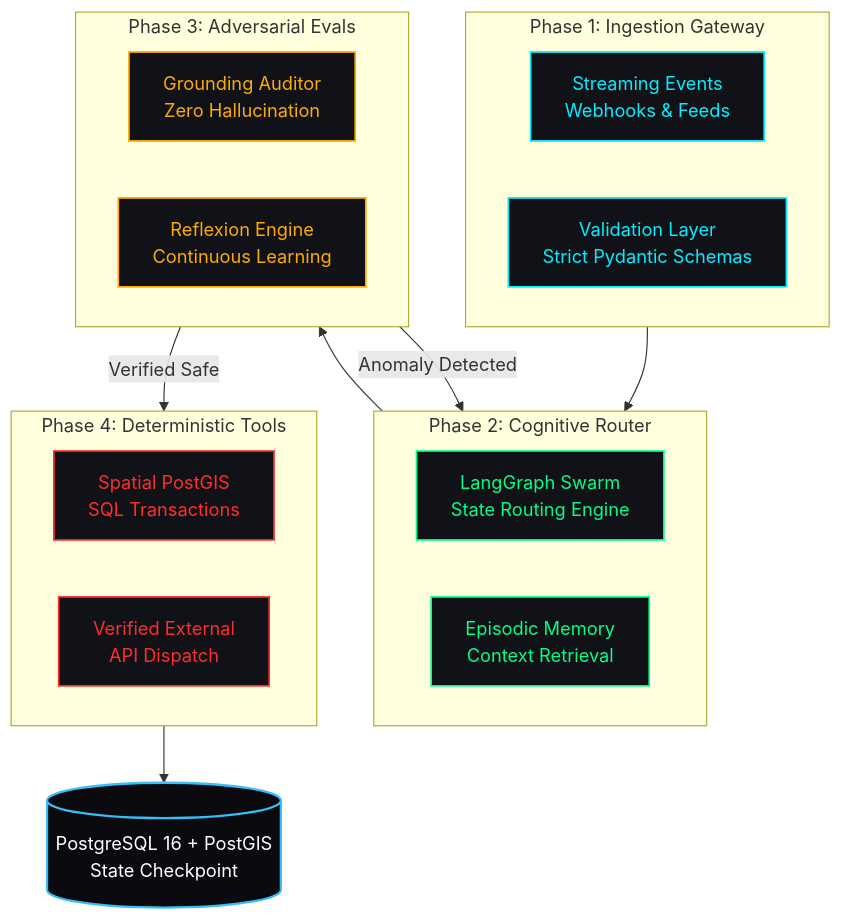
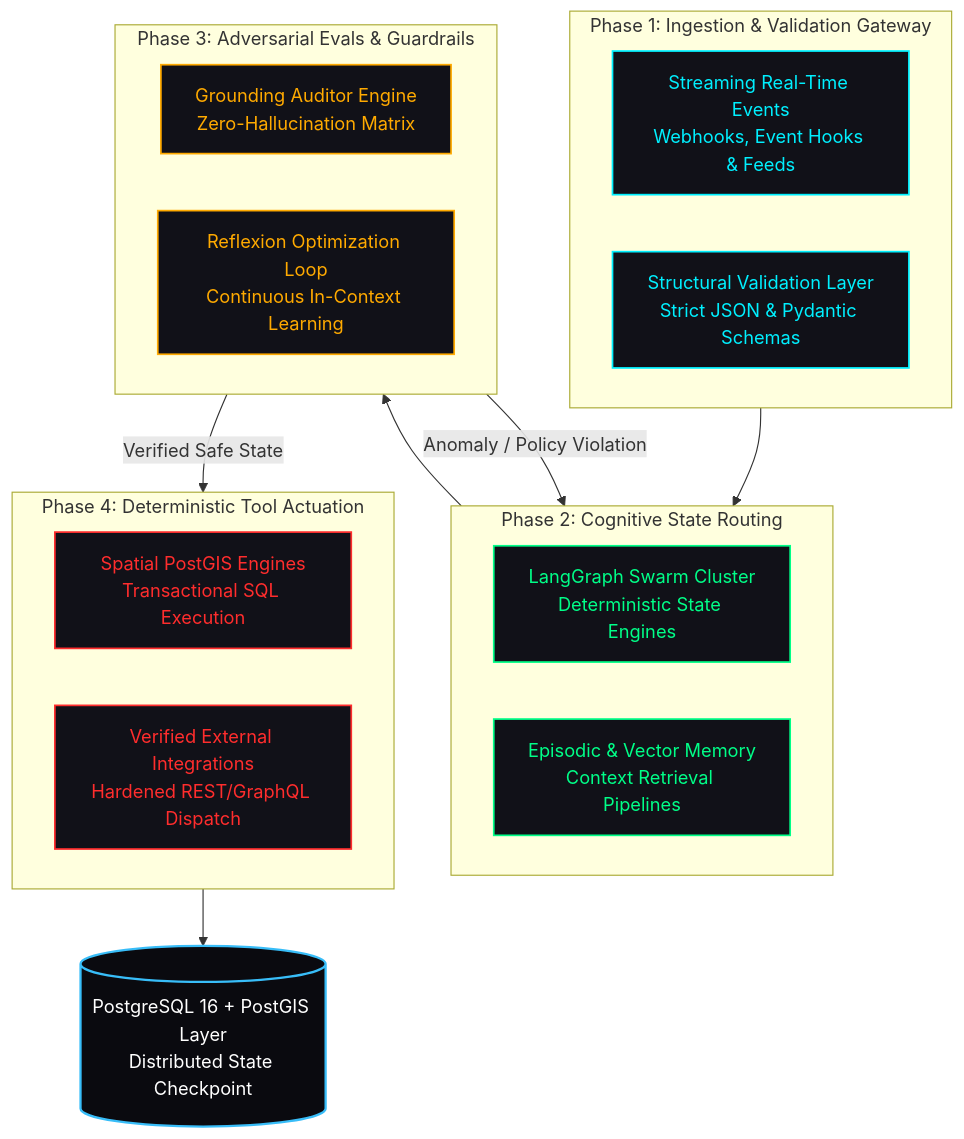
One commit to Venomous-101/Venomous-101 changed the diagram in README.md. Above: the diagram before and after it, drawn with Mermaid. The commit also changed other lines of this file, not shown here.

````diff
--- a/README.md
+++ b/README.md
@@ -51,34 +50,34 @@
 ```mermaid
 flowchart TD
     classDef gw fill:#111118,stroke:#00f0ff,stroke-width:1.5px,color:#00f0ff;
     classDef sup fill:#111118,stroke:#00ff88,stroke-width:1.5px,color:#00ff88;
     classDef eval fill:#111118,stroke:#ffaa00,stroke-width:1.5px,color:#ffaa00;
     classDef act fill:#111118,stroke:#ff2d2d,stroke-width:1.5px,color:#ff2d2d;
     classDef db fill:#0a0a0f,stroke:#38bdf8,stroke-width:2px,color:#ffffff;
 
-    subgraph S1 ["Phase 1: Ingestion Gateway"]
-        N1["Streaming Events<br/>Webhooks & Feeds"]:::gw
-        N2["Validation Layer<br/>Strict Pydantic Schemas"]:::gw
+    subgraph S1 ["Phase 1: Ingestion & Validation Gateway"]
+        N1["Streaming Real-Time Events<br/>Webhooks, Event Hooks & Feeds"]:::gw
+        N2["Structural Validation Layer<br/>Strict JSON & Pydantic Schemas"]:::gw
     end
 
-    subgraph S2 ["Phase 2: Cognitive Router"]
-        N3["LangGraph Swarm<br/>State Routing Engine"]:::sup
-        N4["Episodic Memory<br/>Context Retrieval"]:::sup
+    subgraph S2 ["Phase 2: Cognitive State Routing"]
+        N3["LangGraph Swarm Cluster<br/>Deterministic State Engines"]:::sup
+        N4["Episodic & Vector Memory<br/>Context Retrieval Pipelines"]:::sup
     end
 
-    subgraph S3 ["Phase 3: Adversarial Evals"]
-        N5["Grounding Auditor<br/>Zero Hallucination"]:::eval
-        N6["Reflexion Engine<br/>Continuous Learning"]:::eval
+    subgraph S3 ["Phase 3: Adversarial Evals & Guardrails"]
+        N5["Grounding Auditor Engine<br/>Zero-Hallucination Matrix"]:::eval
+        N6["Reflexion Optimization Loop<br/>Continuous In-Context Learning"]:::eval
     end
 
-    subgraph S4 ["Phase 4: Deterministic Tools"]
-        N7["Spatial PostGIS<br/>SQL Transactions"]:::act
-        N8["Verified External<br/>API Dispatch"]:::act
+    subgraph S4 ["Phase 4: Deterministic Tool Actuation"]
+        N7["Spatial PostGIS Engines<br/>Transactional SQL Execution"]:::act
+        N8["Verified External Integrations<br/>Hardened REST/GraphQL Dispatch"]:::act
     end
 
     S1 --> S2
     S2 --> S3
-    S3 -->|Verified Safe| S4
-    S3 -->|Anomaly Detected| S2
-    S4 --> DB[("PostgreSQL 16 + PostGIS<br/>State Checkpoint")]:::db
+    S3 -->|Verified Safe State| S4
+    S3 -->|Anomaly / Policy Violation| S2
+    S4 --> DB[("PostgreSQL 16 + PostGIS Layer<br/>Distributed State Checkpoint")]:::db
 ```
````
